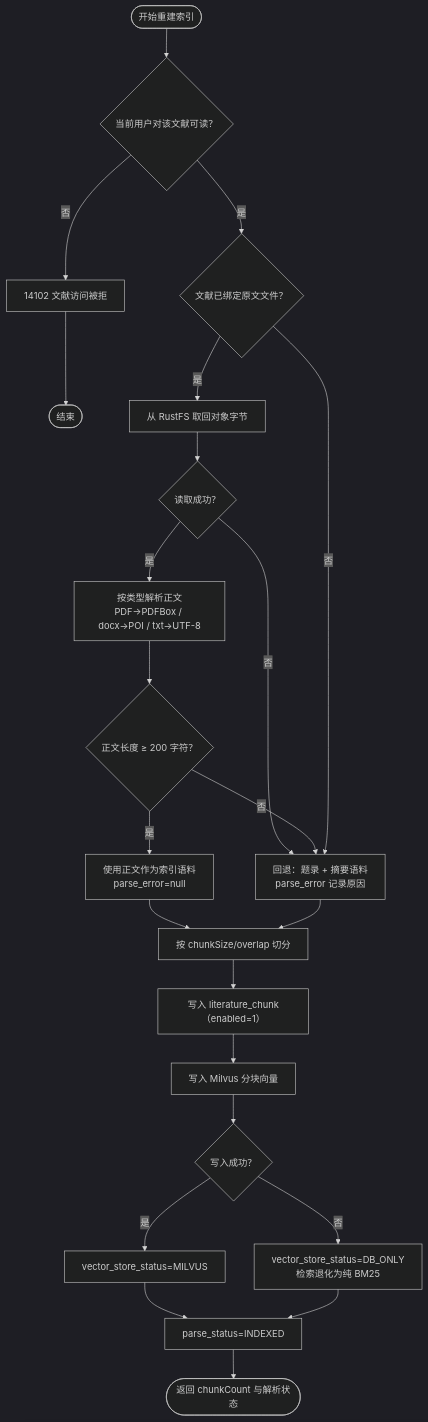
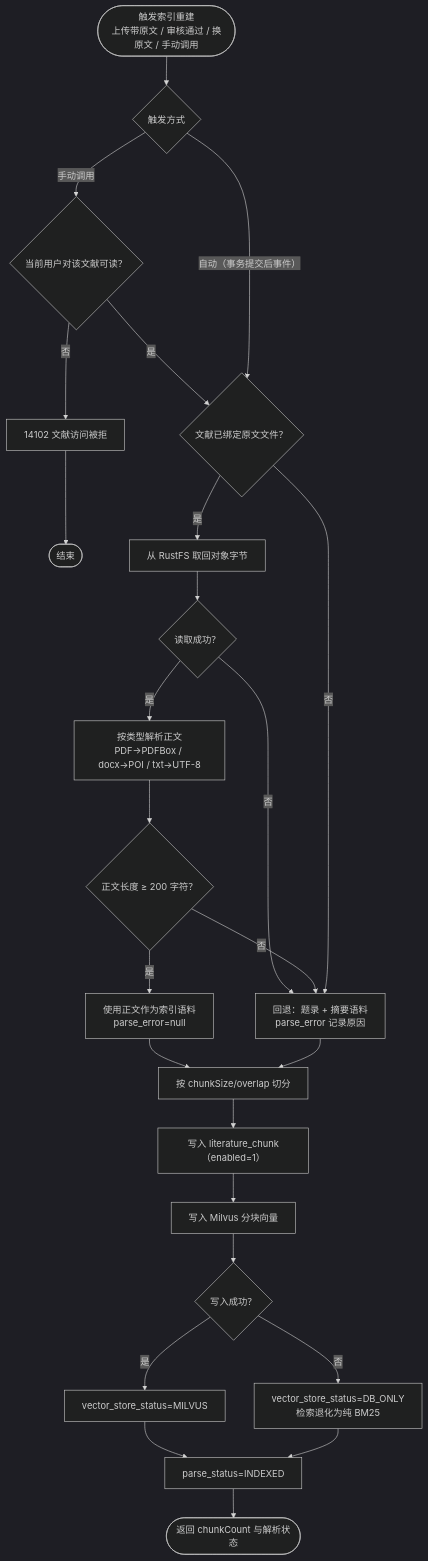
Before and after one commit to MaouXY/ScholarMind: diagram 12 of 13 in doc/AI图书馆文献检索与阅读助手-05-设计图表.md, drawn with Mermaid (dark theme). The commit also changed other lines of this file and 6 other files, not shown here.

````diff
--- a/doc/AI图书馆文献检索与阅读助手-05-设计图表.md
+++ b/doc/AI图书馆文献检索与阅读助手-05-设计图表.md
@@ -566,24 +568,26 @@
 ```mermaid
 flowchart TD
-    START([开始重建索引]) --> AUTH{"当前用户对该文献可读？"}
+    START([触发索引重建<br/>上传带原文 / 审核通过 / 换原文 / 手动调用]) --> MODE{"触发方式"}
+    MODE -- 手动调用 --> AUTH{"当前用户对该文献可读？"}
     AUTH -- 否 --> DENY["14102 文献访问被拒"] --> END1([结束])
     AUTH -- 是 --> HASFILE{"文献已绑定原文文件？"}
+    MODE -- 自动（事务提交后事件） --> HASFILE
     HASFILE -- 是 --> FETCH["从 RustFS 取回对象字节"]
     FETCH --> FETCHOK{"读取成功？"}
     FETCHOK -- 否 --> FALLBACK
     FETCHOK -- 是 --> EXTRACT["按类型解析正文<br/>PDF→PDFBox / docx→POI / txt→UTF-8"]
     EXTRACT --> ENOUGH{"正文长度 ≥ 200 字符？"}
     ENOUGH -- 是 --> USEFILE["使用正文作为索引语料<br/>parse_error=null"]
     ENOUGH -- 否 --> FALLBACK["回退：题录 + 摘要语料<br/>parse_error 记录原因"]
     HASFILE -- 否 --> FALLBACK
     USEFILE --> SPLIT
     FALLBACK --> SPLIT["按 chunkSize/overlap 切分"]
     SPLIT --> PERSIST["写入 literature_chunk（enabled=1）"]
     PERSIST --> VECTOR["写入 Milvus 分块向量"]
     VECTOR --> VOK{"写入成功？"}
     VOK -- 是 --> MARK["vector_store_status=MILVUS"]
     VOK -- 否 --> MARK2["vector_store_status=DB_ONLY<br/>检索退化为纯 BM25"]
     MARK --> DONE["parse_status=INDEXED"]
     MARK2 --> DONE
     DONE --> END2([返回 chunkCount 与解析状态])
 ```
````
